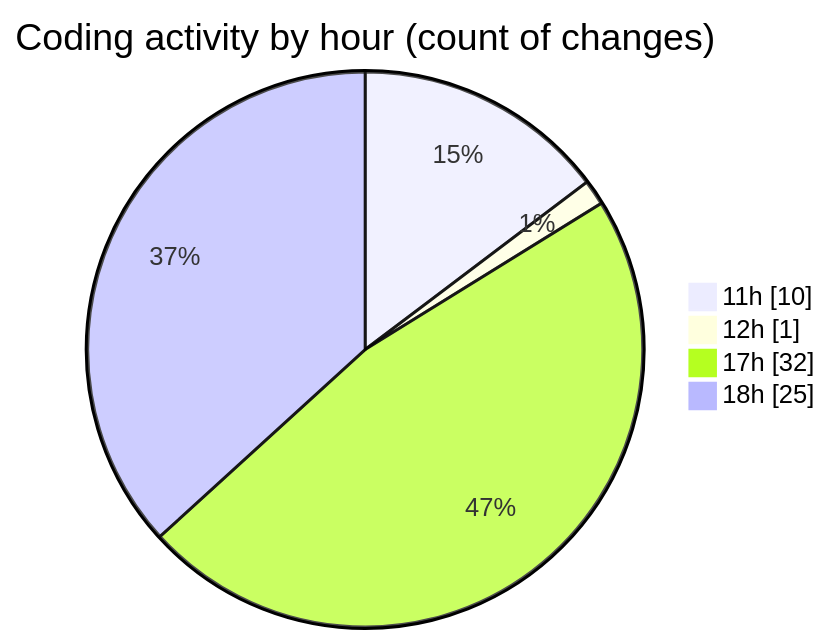
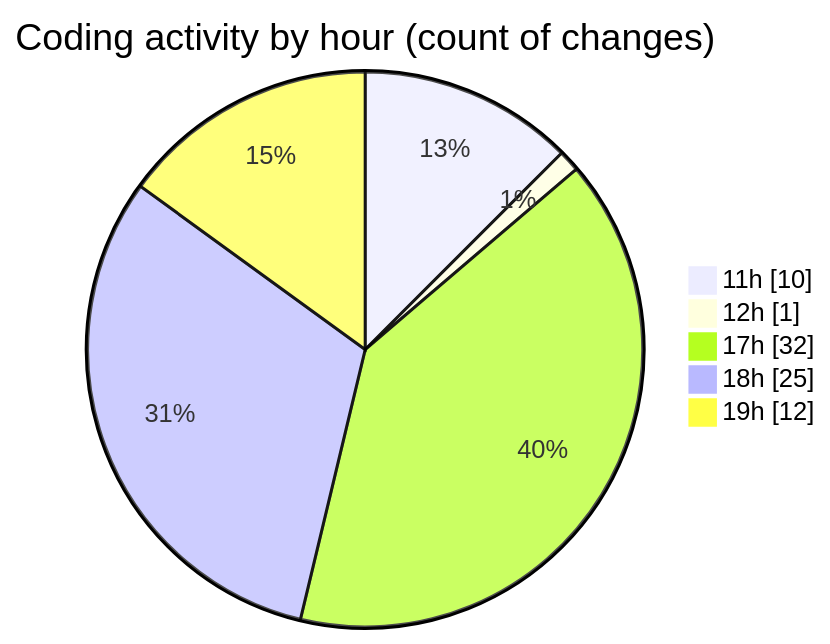
One commit to nxtqubesakshisongat/code-tracking changed the second of 2 diagrams in 2025-06-19/nxtqube_webapp/README.md. Above: the diagram before and after it, drawn with Mermaid. The commit also changed other lines of this file and 1 other file, not shown here.

````diff
--- a/2025-06-19/nxtqube_webapp/README.md
+++ b/2025-06-19/nxtqube_webapp/README.md
@@ -37,8 +39,9 @@
 ```mermaid
 pie showData
 title Coding activity by hour (count of changes)
 "11h" : 10
 "12h" : 1
 "17h" : 32
 "18h" : 25
+"19h" : 12
 ```
````
